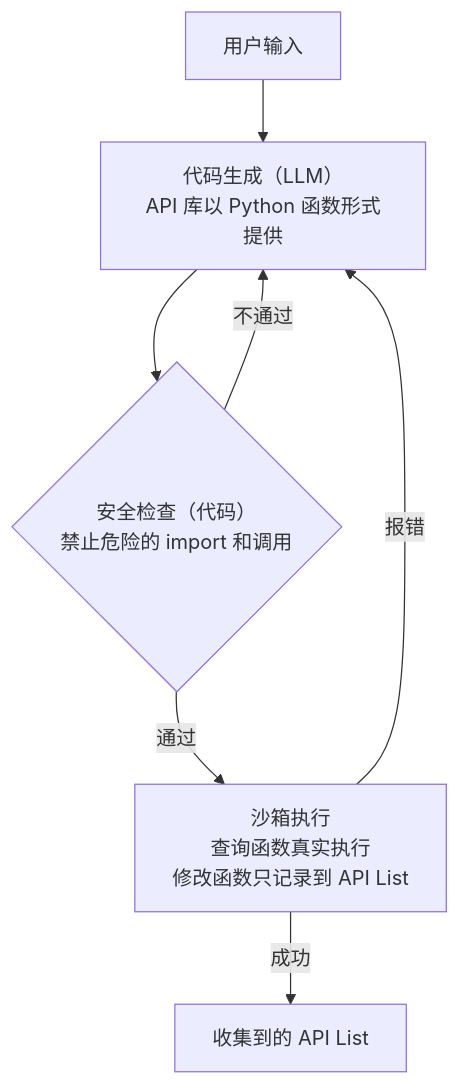
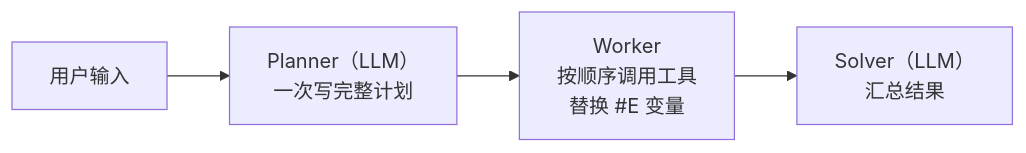
One commit to tobestrongest/HelloWorld changed the fourth of 7 diagrams in docs/nl-to-executable-task.md. Above: the diagram before and after it, drawn with Mermaid. The commit also changed other lines of this file, not shown here.

````diff
--- a/docs/nl-to-executable-task.md
+++ b/docs/nl-to-executable-task.md
@@ -279,9 +129,6 @@
 ```mermaid
-flowchart TD
-    U["用户输入"] --> G["代码生成（LLM）<br/>API 库以 Python 函数形式提供"]
-    G --> S{"安全检查（代码）<br/>禁止危险的 import 和调用"}
-    S -- 通过 --> E["沙箱执行<br/>查询函数真实执行<br/>修改函数只记录到 API List"]
-    S -- 不通过 --> G
-    E -- 报错 --> G
-    E -- 成功 --> OUT["收集到的 API List"]
+flowchart LR
+    U["用户输入"] --> P["Planner（LLM）<br/>一次写完整计划"]
+    P --> W["Worker<br/>按顺序调用工具<br/>替换 #E 变量"]
+    W --> S["Solver（LLM）<br/>汇总结果"]
 ```
````
